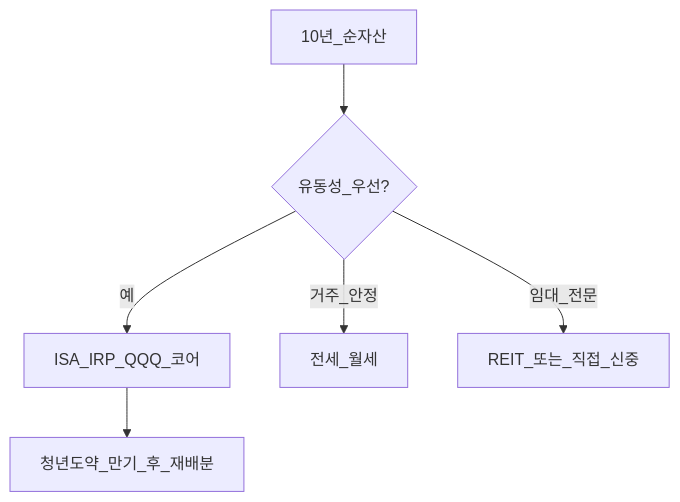
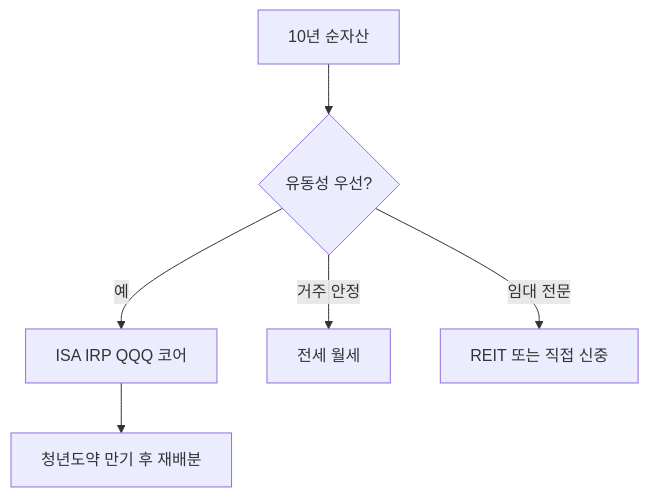
One commit to goldanghenry/Finances changed the fourth of 4 diagrams in 07-real-estate/real-estate-basics.md. Above: the diagram before and after it, drawn with Mermaid. The commit also changed other lines of this file and 211 other files, not shown here.

````diff
--- a/07-real-estate/real-estate-basics.md
+++ b/07-real-estate/real-estate-basics.md
@@ -206,8 +231,8 @@
 ```mermaid
 flowchart TD
-  Goal[10년_순자산] --> Q{유동성_우선?}
-  Q -->|예| Fin[ISA_IRP_QQQ_코어]
-  Q -->|거주_안정| Home[전세_월세]
-  Q -->|임대_전문| RE[REIT_또는_직접_신중]
-  Fin --> Leap[청년도약_만기_후_재배분]
+  Goal["10년 순자산"] --> Q{"유동성 우선?"}
+  Q -->|예| Fin["ISA IRP QQQ 코어"]
+  Q -->|"거주 안정"| Home["전세 월세"]
+  Q -->|"임대 전문"| RE["REIT 또는 직접 신중"]
+  Fin --> Leap["청년도약 만기 후 재배분"]
 ```
````
